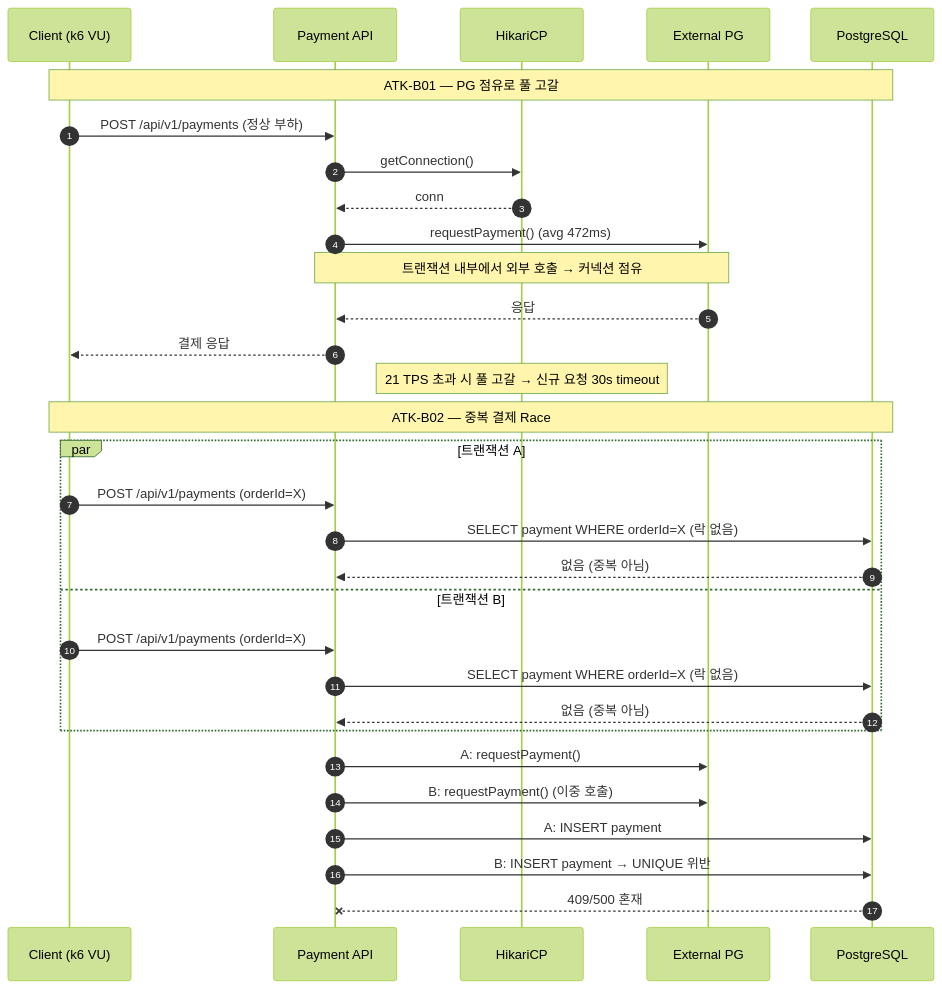
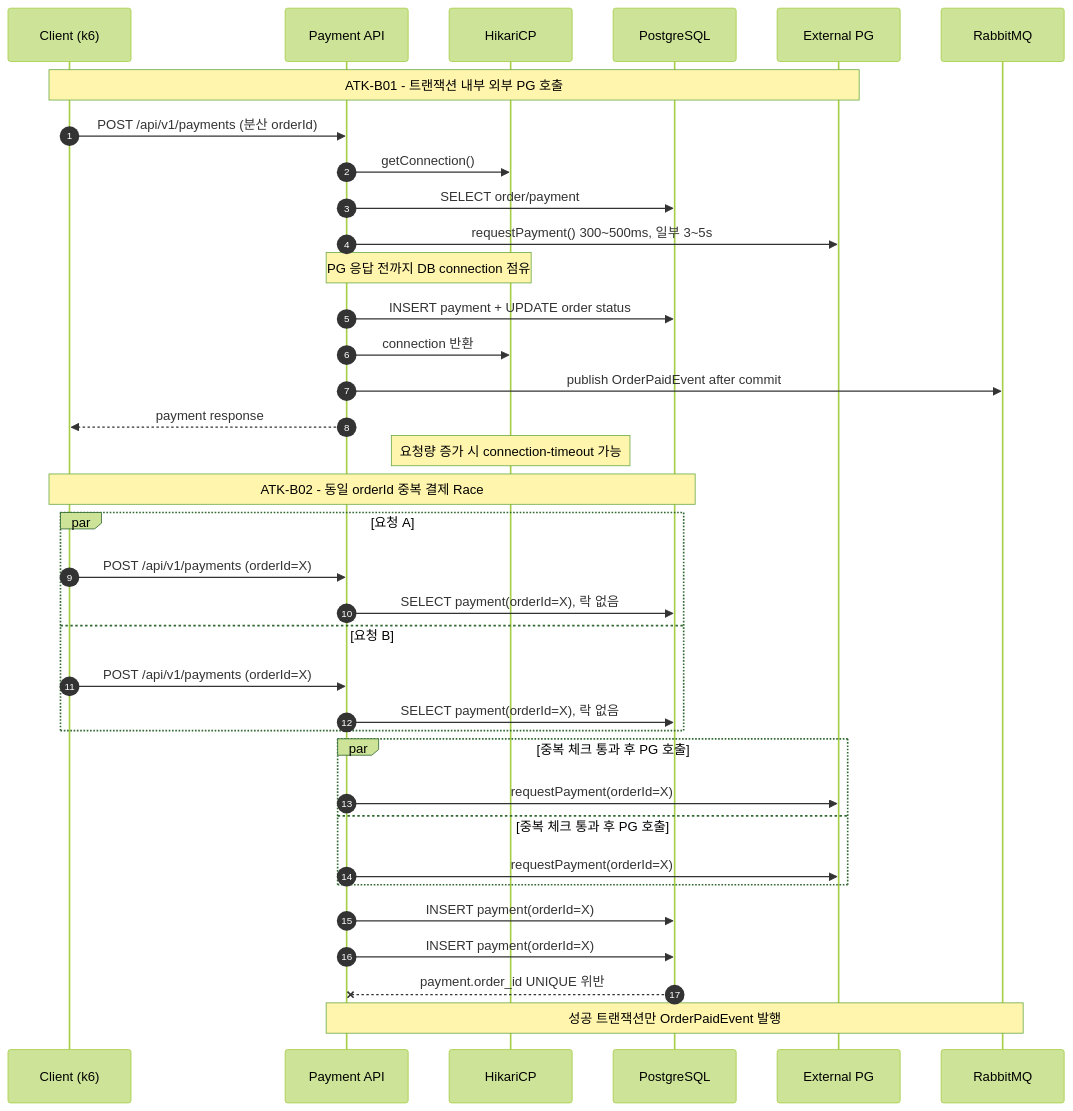
The diagram in docs/2Phase/reports/ATK-B01&ATK-B02.md (protect-my-service/tema-a), drawn with Mermaid (forest theme) before and after one commit. The commit also changed other lines of this file and 4 other files, not shown here.

````diff
--- a/docs/2Phase/reports/ATK-B01&ATK-B02.md
+++ b/docs/2Phase/reports/ATK-B01&ATK-B02.md
@@ -16,35 +16,42 @@
 ```mermaid
 sequenceDiagram
     autonumber
-    participant C as Client (k6 VU)
+    participant C as Client (k6)
     participant API as Payment API
     participant Pool as HikariCP
+    participant DB as PostgreSQL
     participant PG as External PG
-    participant DB as PostgreSQL
+    participant MQ as RabbitMQ
 
-    Note over C, DB: ATK-B01 — PG 점유로 풀 고갈
-    C ->> API: POST /api/v1/payments (정상 부하)
-    API ->> Pool: getConnection()
-    Pool -->> API: conn
-    API ->> PG: requestPayment() (avg 472ms)
-    Note over API, PG: 트랜잭션 내부에서 외부 호출 → 커넥션 점유
-    PG -->> API: 응답
-    API -->> C: 결제 응답
-    Note over Pool: 21 TPS 초과 시 풀 고갈 → 신규 요청 30s timeout
+    Note over C,PG: ATK-B01 - 트랜잭션 내부 외부 PG 호출
+    C->>API: POST /api/v1/payments (분산 orderId)
+    API->>Pool: getConnection()
+    API->>DB: SELECT order/payment
+    API->>PG: requestPayment() 300~500ms, 일부 3~5s
+    Note over API,Pool: PG 응답 전까지 DB connection 점유
+    API->>DB: INSERT payment + UPDATE order status
+    API->>Pool: connection 반환
+    API->>MQ: publish OrderPaidEvent after commit
+    API-->>C: payment response
+    Note over Pool: 요청량 증가 시 connection-timeout 가능
 
-    Note over C, DB: ATK-B02 — 중복 결제 Race
-    par 트랜잭션 A
-        C ->> API: POST /api/v1/payments (orderId=X)
-        API ->> DB: SELECT payment WHERE orderId=X (락 없음)
-        DB -->> API: 없음 (중복 아님)
-    and 트랜잭션 B
-        C ->> API: POST /api/v1/payments (orderId=X)
-        API ->> DB: SELECT payment WHERE orderId=X (락 없음)
-        DB -->> API: 없음 (중복 아님)
+    Note over C,DB: ATK-B02 - 동일 orderId 중복 결제 Race
+    par 요청 A
+        C->>API: POST /api/v1/payments (orderId=X)
+        API->>DB: SELECT payment(orderId=X), 락 없음
+    and 요청 B
+        C->>API: POST /api/v1/payments (orderId=X)
+        API->>DB: SELECT payment(orderId=X), 락 없음
     end
-    API ->> PG: A: requestPayment()
-    API ->> PG: B: requestPayment() (이중 호출)
-    API ->> DB: A: INSERT payment
-    API ->> DB: B: INSERT payment → UNIQUE 위반
-    DB --x API: 409/500 혼재
-```
+
+    par 중복 체크 통과 후 PG 호출
+        API->>PG: requestPayment(orderId=X)
+    and 중복 체크 통과 후 PG 호출
+        API->>PG: requestPayment(orderId=X)
+    end
+
+    API->>DB: INSERT payment(orderId=X)
+    API->>DB: INSERT payment(orderId=X)
+    DB--xAPI: payment.order_id UNIQUE 위반
+    Note over API,MQ: 성공 트랜잭션만 OrderPaidEvent 발행
+```  
````
